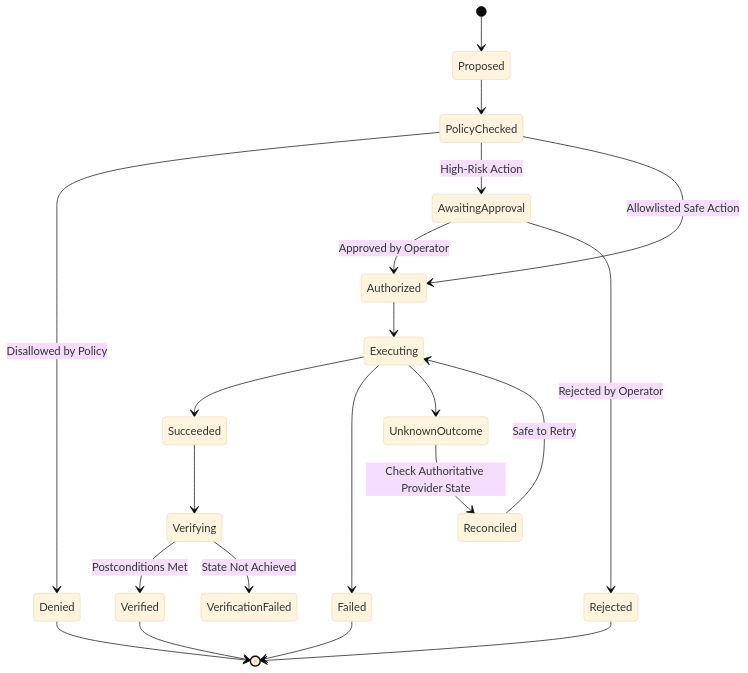
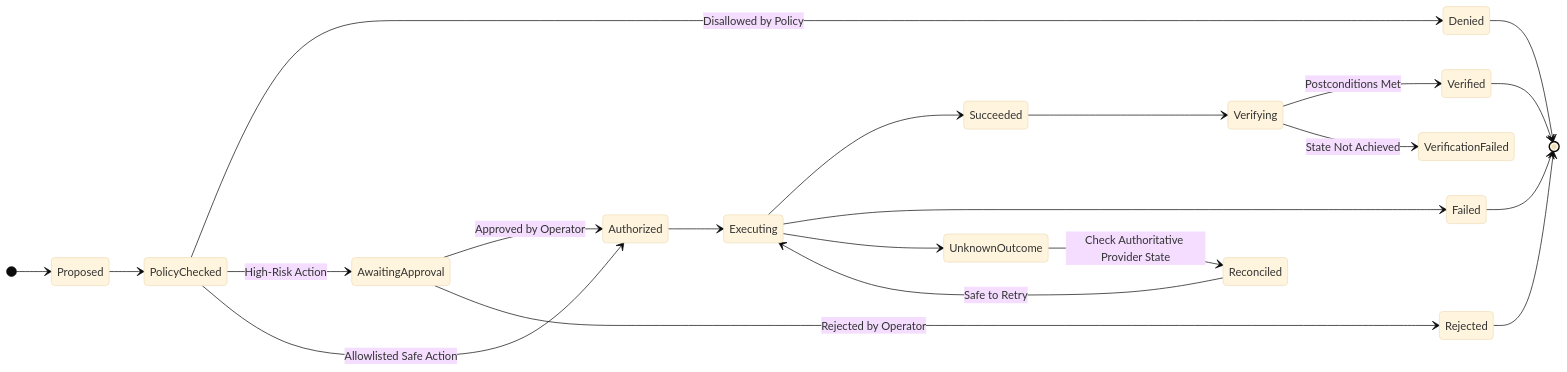
The second of 2 diagrams in deltix_docs/architecture/02-domain-model.md (Kavisharora12/DelTix), drawn with Mermaid (base theme) before and after one commit. The commit also changed other lines of this file and 8 other files, not shown here.

````diff
--- a/deltix_docs/architecture/02-domain-model.md
+++ b/deltix_docs/architecture/02-domain-model.md
@@ -73,23 +74,24 @@
 ```mermaid
 stateDiagram-v2
+  direction LR
   [*] --> Proposed
   Proposed --> PolicyChecked
   PolicyChecked --> Denied : Disallowed by Policy
   PolicyChecked --> AwaitingApproval : High-Risk Action
   PolicyChecked --> Authorized : Allowlisted Safe Action
   AwaitingApproval --> Authorized : Approved by Operator
   AwaitingApproval --> Rejected : Rejected by Operator
   Authorized --> Executing
   Executing --> Succeeded
   Executing --> Failed
   Executing --> UnknownOutcome
   UnknownOutcome --> Reconciled : Check Authoritative Provider State
   Reconciled --> Executing : Safe to Retry
   Succeeded --> Verifying
   Verifying --> Verified : Postconditions Met
   Verifying --> VerificationFailed : State Not Achieved
   Verified --> [*]
   Failed --> [*]
   Denied --> [*]
   Rejected --> [*]
 ```
````
